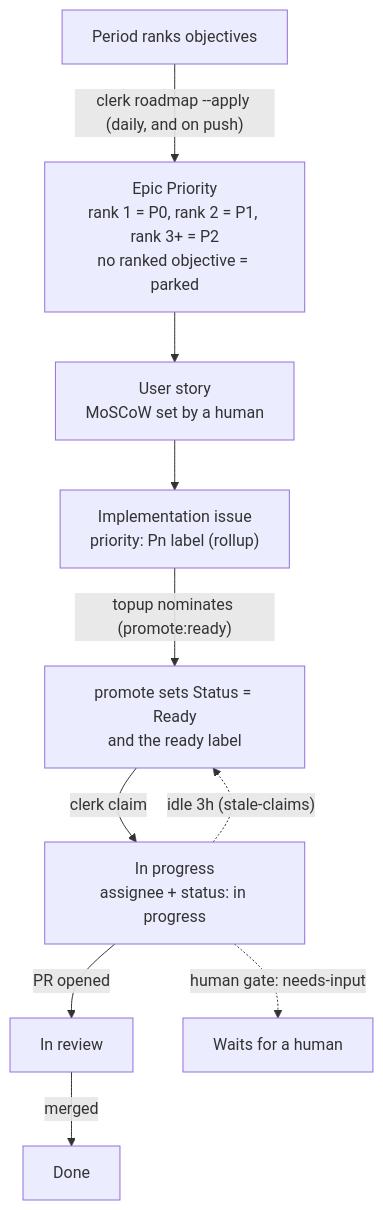
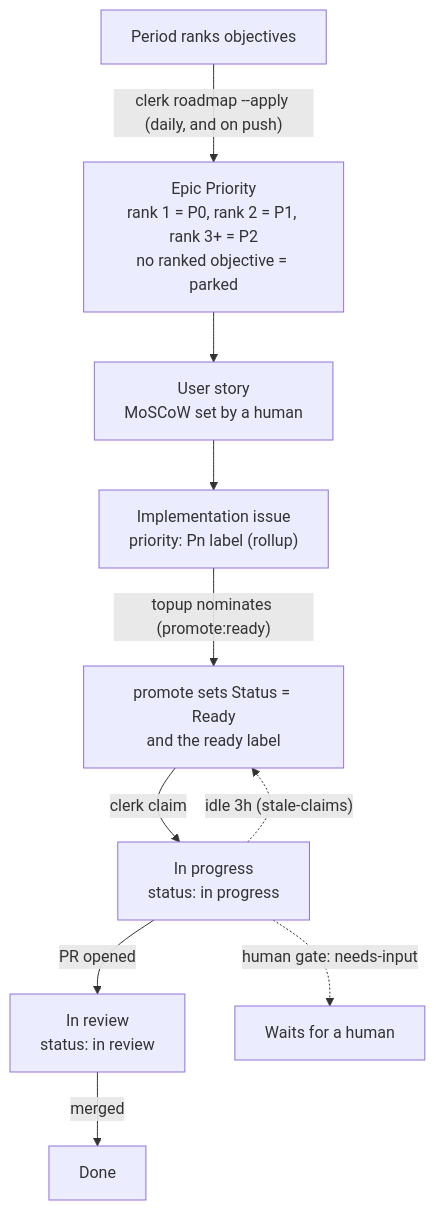
One commit to the-greenman/clerk changed the fourth of 12 diagrams in docs/handbook.md. Above: the diagram before and after it, drawn with Mermaid. The commit also changed other lines of this file and 23 other files, not shown here.

First line of the commit message:
Every clerk reader takes statuses, holds and board columns from the work-status set (clerk#121)

````diff
--- a/docs/handbook.md
+++ b/docs/handbook.md
@@ -154,12 +154,12 @@
 ```mermaid
 flowchart TD
   F["Period ranks objectives"] -->|"clerk roadmap --apply (daily, and on push)"| EP["Epic Priority<br/>rank 1 = P0, rank 2 = P1, rank 3+ = P2<br/>no ranked objective = parked"]
   EP --> ST["User story<br/>MoSCoW set by a human"]
   ST --> IS["Implementation issue<br/>priority: Pn label (rollup)"]
   IS -->|"topup nominates (promote:ready)"| PR["promote sets Status = Ready<br/>and the ready label"]
-  PR -->|"clerk claim"| IP["In progress<br/>assignee + status: in progress"]
-  IP -->|PR opened| IR[In review]
+  PR -->|"clerk claim"| IP["In progress<br/>status: in progress"]
+  IP -->|PR opened| IR["In review<br/>status: in review"]
   IR -->|merged| DN[Done]
   IP -.->|"idle 3h (stale-claims)"| PR
   IP -.->|"human gate: needs-input"| HU[Waits for a human]
 ```
````
